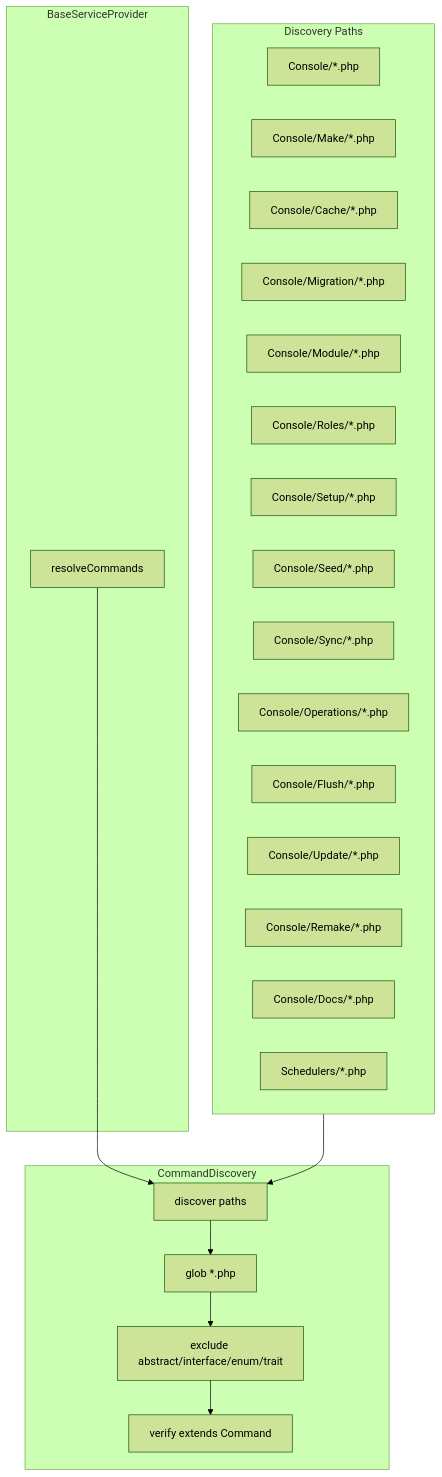
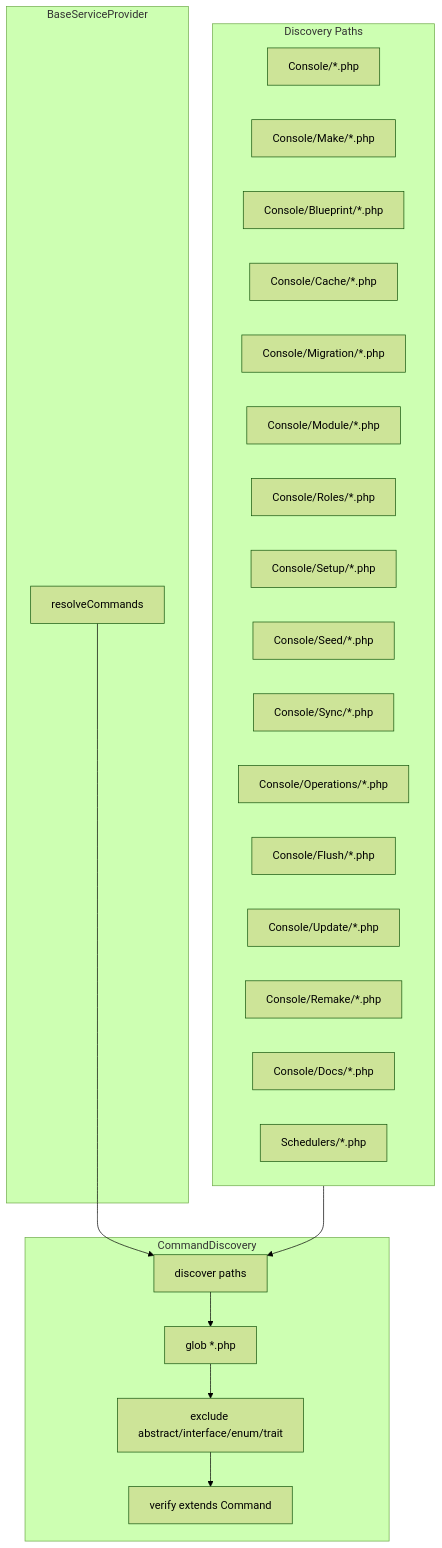
Before and after one commit to unusualify/modularity: the diagram in src/Console/AGENTS.md, drawn with Mermaid (forest theme). The commit also changed other lines of this file and 87 other files, not shown here.

````diff
--- a/src/Console/AGENTS.md
+++ b/src/Console/AGENTS.md
@@ -7,37 +7,38 @@
 ```mermaid
 flowchart TB
     subgraph BaseServiceProvider [BaseServiceProvider]
         resolveCommands[resolveCommands]
     end
 
     subgraph CommandDiscovery [CommandDiscovery]
         discover[discover paths]
         glob[glob *.php]
         exclude[exclude abstract/interface/enum/trait]
         verify[verify extends Command]
     end
 
     subgraph Paths [Discovery Paths]
         root[Console/*.php]
         make[Console/Make/*.php]
+        blueprint[Console/Blueprint/*.php]
         cache[Console/Cache/*.php]
         migration[Console/Migration/*.php]
         module[Console/Module/*.php]
         roles[Console/Roles/*.php]
         setup[Console/Setup/*.php]
         seed[Console/Seed/*.php]
         sync[Console/Sync/*.php]
         operations[Console/Operations/*.php]
         flush[Console/Flush/*.php]
         update[Console/Update/*.php]
         remake[Console/Remake/*.php]
         docs[Console/Docs/*.php]
         schedulers[Schedulers/*.php]
     end
 
     resolveCommands --> discover
     discover --> glob
     glob --> exclude
     exclude --> verify
     Paths --> discover
 ```
````
